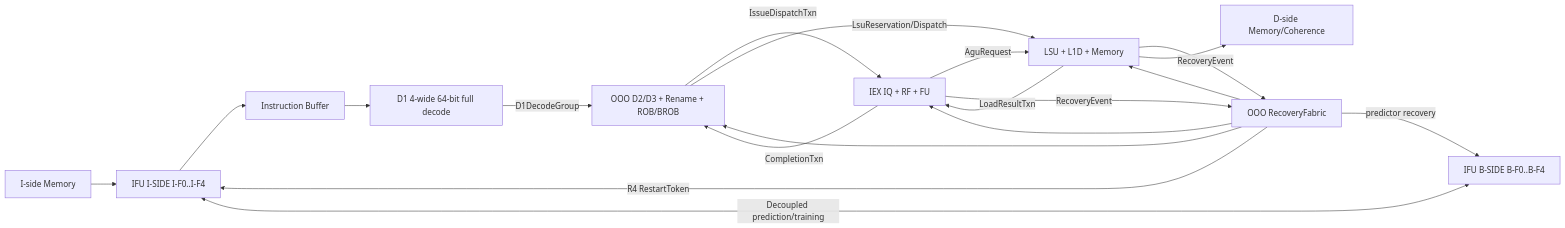
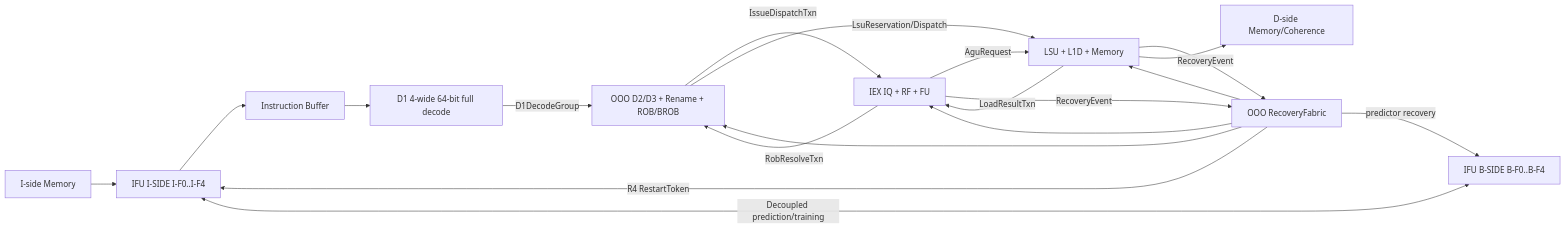
The diagram in docs/chisel/linxcore-chisel-microarchitecture-improvement-design.md (LinxISA/LinxCore), drawn with Mermaid before and after one commit. The commit also changed other lines of this file and 13 other files, not shown here.

````diff
--- a/docs/chisel/linxcore-chisel-microarchitecture-improvement-design.md
+++ b/docs/chisel/linxcore-chisel-microarchitecture-improvement-design.md
@@ -159,21 +159,21 @@
 ```mermaid
 flowchart LR
   MEMI["I-side Memory"] --> ISIDE["IFU I-SIDE I-F0..I-F4"]
   BSIDE["IFU B-SIDE B-F0..B-F4"] <-->|"Decoupled prediction/training"| ISIDE
   ISIDE --> IB["Instruction Buffer"]
   IB --> D1["D1 4-wide 64-bit full decode"]
   D1 -->|"D1DecodeGroup"| OOO["OOO D2/D3 + Rename + ROB/BROB"]
   OOO -->|"IssueDispatchTxn"| IEX["IEX IQ + RF + FU"]
   OOO -->|"LsuReservation/Dispatch"| LSU["LSU + L1D + Memory"]
   IEX -->|"AguRequest"| LSU
-  IEX -->|"CompletionTxn"| OOO
+  IEX -->|"RobResolveTxn"| OOO
   LSU -->|"LoadResultTxn"| IEX
   LSU -->|"RecoveryEvent"| REC["OOO RecoveryFabric"]
   IEX -->|"RecoveryEvent"| REC
   REC -->|"R4 RestartToken"| ISIDE
   REC -->|"predictor recovery"| BSIDE
   REC --> OOO
   REC --> IEX
   REC --> LSU
   LSU --> MEMD["D-side Memory/Coherence"]
 ```
````
